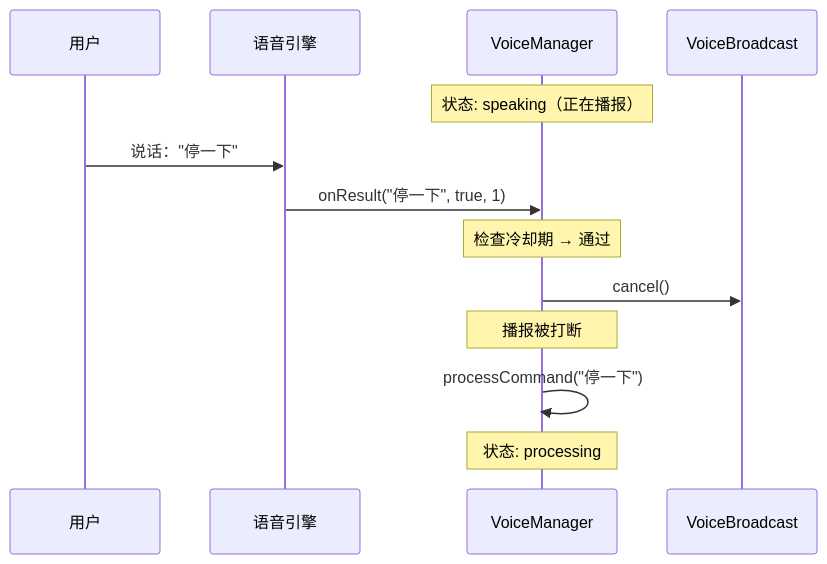
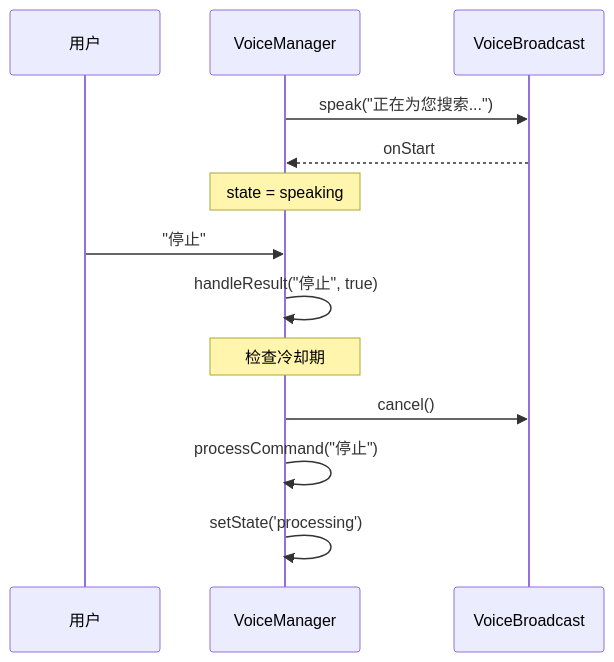
Before and after one commit to zw123zw/ai-browser: the fourth of 5 diagrams in docs/architecture/voice.md, drawn with Mermaid. The commit also changed other lines of this file and 13 other files, not shown here.

````diff
--- a/docs/architecture/voice.md
+++ b/docs/architecture/voice.md
@@ -465,17 +421,17 @@
 ```mermaid
 sequenceDiagram
-    participant User as 用户
-    participant Engine as 语音引擎
+    participant U as 用户
     participant VM as VoiceManager
-    participant VB as VoiceBroadcast
+    participant TTS as VoiceBroadcast
 
-    Note over VM: 状态: speaking（正在播报）
+    VM->>TTS: speak("正在为您搜索...")
+    TTS-->>VM: onStart
+    Note over VM: state = speaking
 
-    User->>Engine: 说话："停一下"
-    Engine->>VM: onResult("停一下", true, 1)
-    Note over VM: 检查冷却期 → 通过
-    VM->>VB: cancel()
-    Note over VM: 播报被打断
-    VM->>VM: processCommand("停一下")
-    Note over VM: 状态: processing
+    U->>VM: "停止"
+    VM->>VM: handleResult("停止", true)
+    Note over VM: 检查冷却期
+    VM->>TTS: cancel()
+    VM->>VM: processCommand("停止")
+    VM->>VM: setState('processing')
 ```
````
